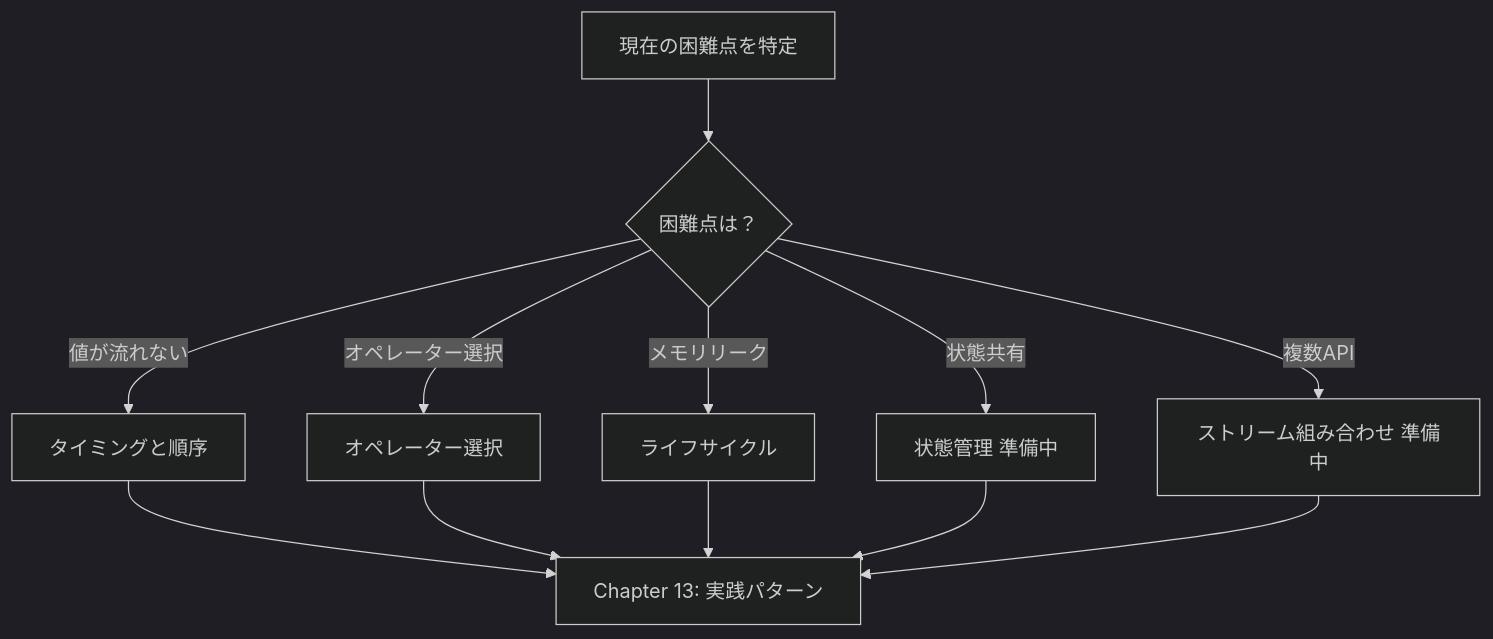
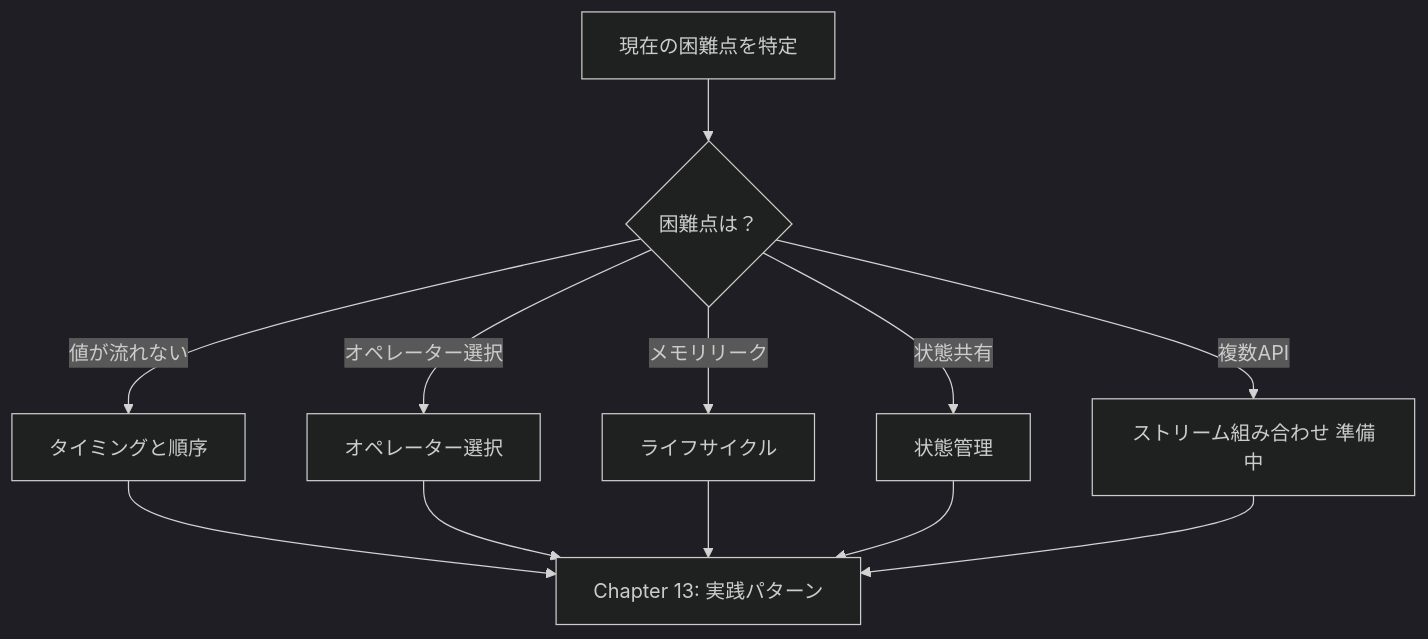
The second of 3 diagrams in docs/guide/overcoming-difficulties/index.md (shuji-bonji/RxJS-with-TypeScript), drawn with Mermaid (dark theme) before and after one commit. The commit also changed other lines of this file and 4 other files, not shown here.

````diff
--- a/docs/guide/overcoming-difficulties/index.md
+++ b/docs/guide/overcoming-difficulties/index.md
@@ -124,14 +126,14 @@
 ```mermaid
 graph TD
     A[現在の困難点を特定] --> B{困難点は？}
     B -->|値が流れない| C[タイミングと順序]
     B -->|オペレーター選択| D[オペレーター選択]
     B -->|メモリリーク| E[ライフサイクル]
-    B -->|状態共有| F[状態管理 準備中]
+    B -->|状態共有| F[状態管理]
     B -->|複数API| G[ストリーム組み合わせ 準備中]
     C --> H[Chapter 13: 実践パターン]
     D --> H
     E --> H
     F --> H
     G --> H
 ```
````
